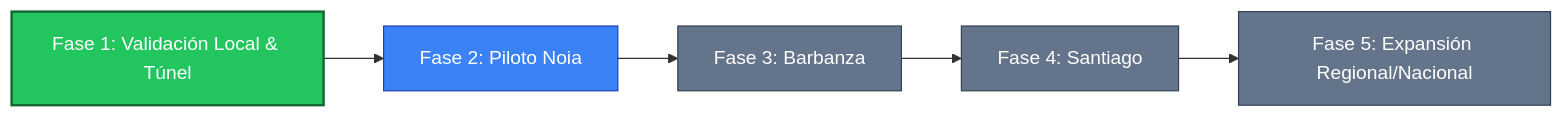
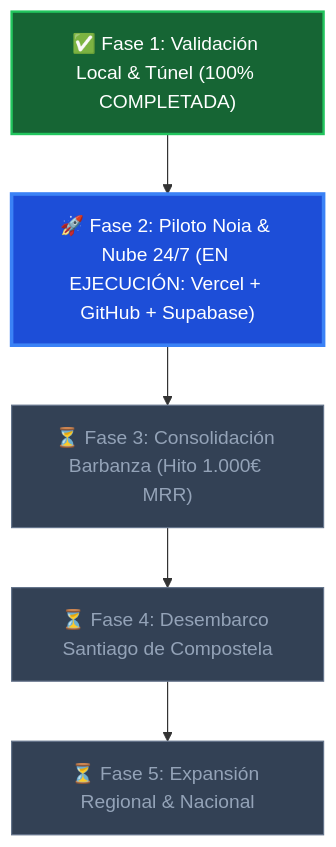
The first of 2 diagrams in docs/departamentos/1_organizacion/roadmap_y_organigrama.md (ElEmiGomez/fluxo-gastro), drawn with Mermaid before and after one commit. The commit also changed other lines of this file and 16 other files, not shown here.

````diff
--- a/docs/departamentos/1_organizacion/roadmap_y_organigrama.md
+++ b/docs/departamentos/1_organizacion/roadmap_y_organigrama.md
@@ -11,13 +11,14 @@
 ```mermaid
-graph LR
-    F1["Fase 1: Validación Local & Túnel"] --> F2["Fase 2: Piloto Noia"]
-    F2 --> F3["Fase 3: Barbanza"]
-    F3 --> F4["Fase 4: Santiago"]
-    F4 --> F5["Fase 5: Expansión Regional/Nacional"]
+flowchart TD
+    F1["✅ Fase 1: Validación Local & Túnel (100% COMPLETADA)"]
+    F1 --> F2["🚀 Fase 2: Piloto Noia & Nube 24/7 (EN EJECUCIÓN: Vercel + GitHub + Supabase)"]
+    F2 --> F3["⏳ Fase 3: Consolidación Barbanza (Hito 1.000€ MRR)"]
+    F3 --> F4["⏳ Fase 4: Desembarco Santiago de Compostela"]
+    F4 --> F5["⏳ Fase 5: Expansión Regional & Nacional"]
     
-    style F1 fill:#22c55e,stroke:#166534,stroke-width:2px,color:#ffffff
-    style F2 fill:#3b82f6,stroke:#1e40af,stroke-width:1px,color:#ffffff
-    style F3 fill:#64748b,stroke:#334155,stroke-width:1px,color:#ffffff
-    style F4 fill:#64748b,stroke:#334155,stroke-width:1px,color:#ffffff
-    style F5 fill:#64748b,stroke:#334155,stroke-width:1px,color:#ffffff
+    style F1 fill:#166534,stroke:#22c55e,stroke-width:2px,color:#ffffff
+    style F2 fill:#1d4ed8,stroke:#3b82f6,stroke-width:3px,color:#ffffff
+    style F3 fill:#334155,stroke:#64748b,stroke-width:1px,color:#94a3b8
+    style F4 fill:#334155,stroke:#64748b,stroke-width:1px,color:#94a3b8
+    style F5 fill:#334155,stroke:#64748b,stroke-width:1px,color:#94a3b8
 ```
````
